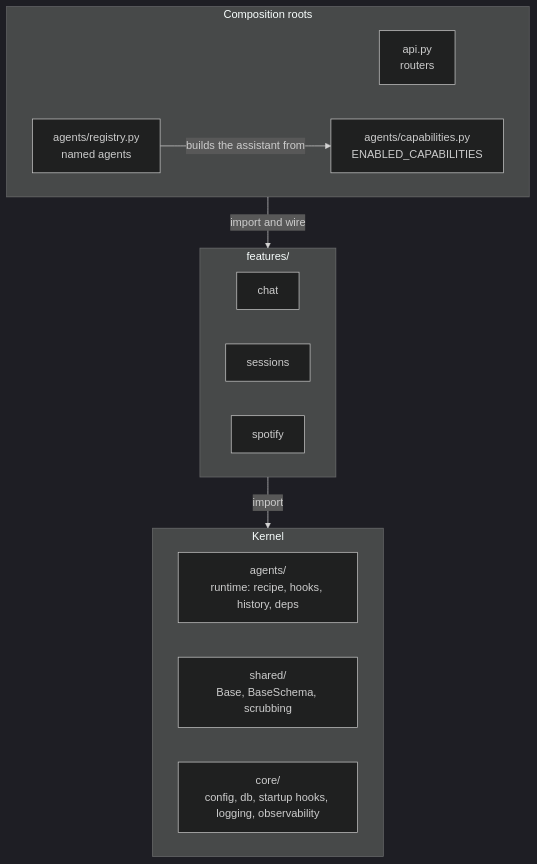
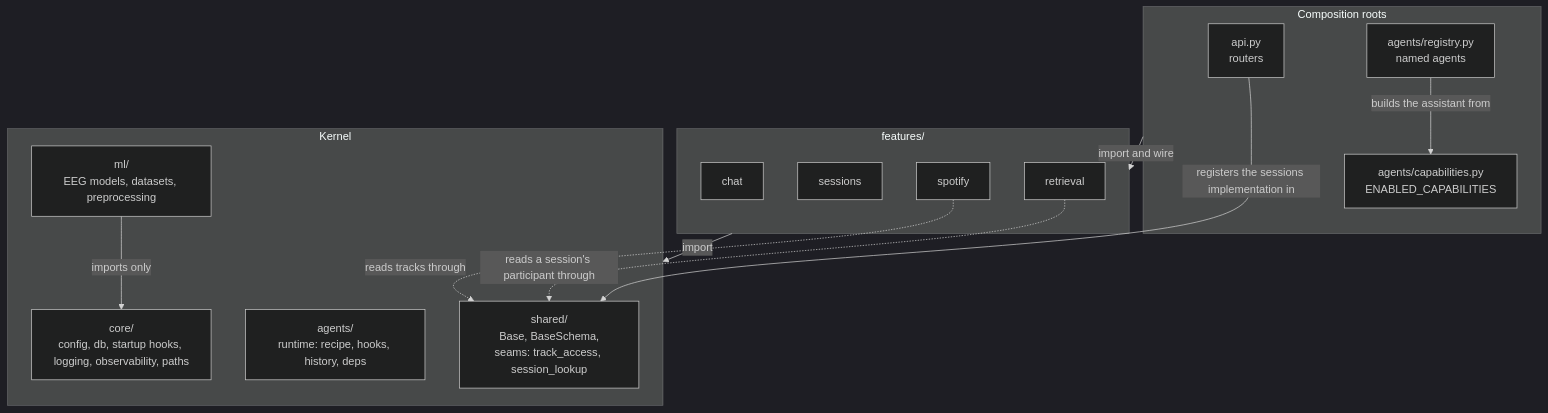
One commit to LukeMainwaring/cortexdj changed the diagram in docs/architecture/slices-and-the-dependency-rule.md. Above: the diagram before and after it, drawn with Mermaid (dark theme). The commit also changed other lines of this file and 3 other files, not shown here.

First line of the commit message:
docs(port): describe this repo's slices, seams, and ml kernel in the architecture guide

````diff
--- a/docs/architecture/slices-and-the-dependency-rule.md
+++ b/docs/architecture/slices-and-the-dependency-rule.md
@@ -9,21 +9,27 @@
 ```mermaid
 flowchart TB
     subgraph roots[Composition roots]
         api["api.py<br/>routers"]
         capabilities["agents/capabilities.py<br/>ENABLED_CAPABILITIES"]
         registry["agents/registry.py<br/>named agents"]
     end
     subgraph features["features/"]
         chat
         sessions
         spotify
+        retrieval
     end
     subgraph kernel[Kernel]
         agents["agents/<br/>runtime: recipe, hooks, history, deps"]
-        shared["shared/<br/>Base, BaseSchema, scrubbing"]
-        core["core/<br/>config, db, startup hooks, logging, observability"]
+        shared["shared/<br/>Base, BaseSchema,<br/>seams: track_access, session_lookup"]
+        ml["ml/<br/>EEG models, datasets, preprocessing"]
+        core["core/<br/>config, db, startup hooks, logging, observability, paths"]
     end
     roots -->|import and wire| features
     features -->|import| kernel
     registry -->|builds the assistant from| capabilities
+    api -->|registers the sessions implementation in| shared
+    spotify -.->|reads tracks through| shared
+    retrieval -.->|reads a session's participant through| shared
+    ml -->|imports only| core
 ```
````
